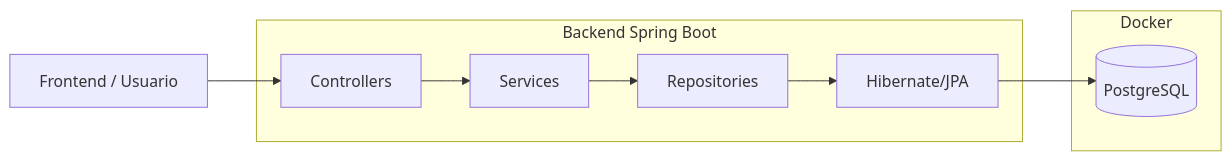
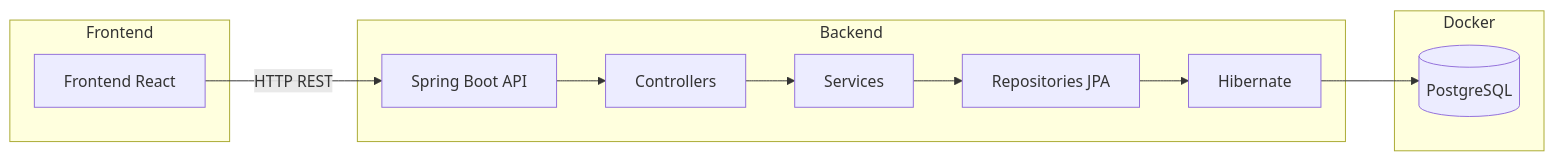
The first of 7 diagrams in README.md (Nahuellunacab/protecciones-trazabilidad), drawn with Mermaid before and after one commit. The commit also changed other lines of this file, not shown here.

````diff
--- a/README.md
+++ b/README.md
@@ -51,22 +55,28 @@
 ```mermaid
 flowchart LR
 
-    A[Frontend / Usuario]
-        --> B[Controllers]
+    A[Frontend React]
+        -->|HTTP REST| B[Spring Boot API]
 
-    B --> C[Services]
-    C --> D[Repositories]
-    D --> E[Hibernate/JPA]
-    E --> F[(PostgreSQL)]
+    B --> C[Controllers]
+    C --> D[Services]
+    D --> E[Repositories JPA]
+    E --> F[Hibernate]
+    F --> G[(PostgreSQL)]
 
-    subgraph Backend Spring Boot
+    subgraph Frontend
+        A
+    end
+
+    subgraph Backend
         B
         C
         D
         E
+        F
     end
 
     subgraph Docker
-        F
+        G
     end
 ```
````
